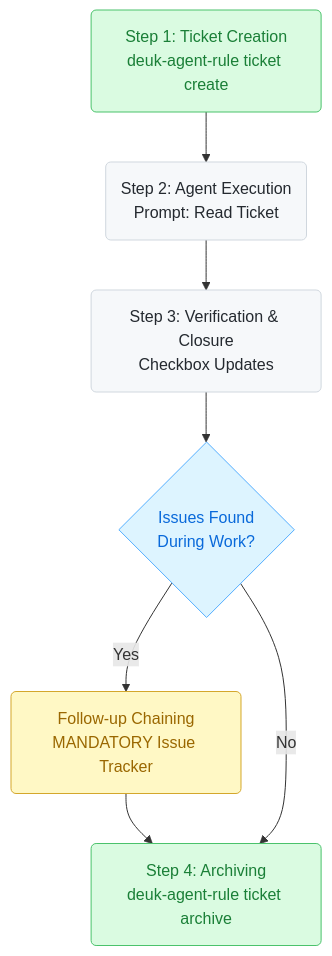
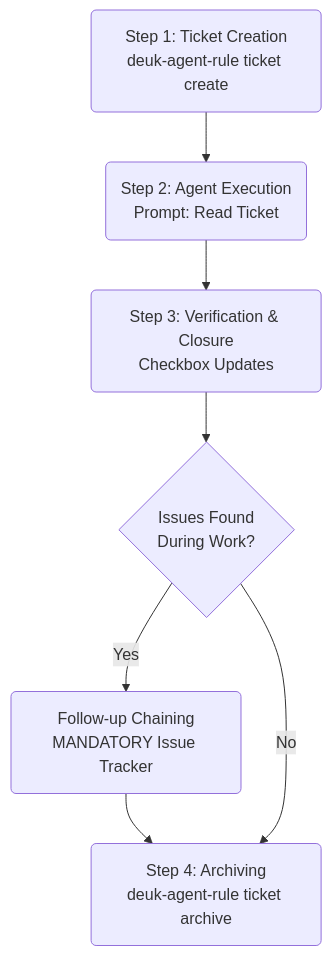
Before and after one commit to joygram/DeukAgentRules: the diagram in README.ko.md, drawn with Mermaid. The commit also changed 1 other file, not shown here.

Commit message:
docs: remove custom mermaid classDefs to fix IDE dark mode text rendering bugs

````diff
--- a/README.ko.md
+++ b/README.ko.md
@@ -86,16 +86,11 @@
 ```mermaid
 graph TD
-    classDef phase fill:#f6f8fa,stroke:#d0d7de,color:#24292f;
-    classDef decision fill:#ddf4ff,stroke:#54aeff,color:#0969da;
-    classDef action fill:#dafbe1,stroke:#4ac26b,color:#1a7f37;
-    classDef highlight fill:#fff8c5,stroke:#d4a72c,color:#9a6700;
-
-    A(Step 1: Ticket Creation<br>deuk-agent-rule ticket create):::action --> B(Step 2: Agent Execution<br>Prompt: Read Ticket):::phase
-    B --> C(Step 3: Verification & Closure<br>Checkbox Updates):::phase
+    A(Step 1: Ticket Creation<br>deuk-agent-rule ticket create) --> B(Step 2: Agent Execution<br>Prompt: Read Ticket)
+    B --> C(Step 3: Verification & Closure<br>Checkbox Updates)
     
-    C --> D{Issues Found<br>During Work?}:::decision
+    C --> D{Issues Found<br>During Work?}
     
-    D -->|Yes| E(Follow-up Chaining<br>MANDATORY Issue Tracker):::highlight
-    E --> F(Step 4: Archiving<br>deuk-agent-rule ticket archive):::action
+    D -->|Yes| E(Follow-up Chaining<br>MANDATORY Issue Tracker)
+    E --> F(Step 4: Archiving<br>deuk-agent-rule ticket archive)
     D -->|No| F
 ```
````
